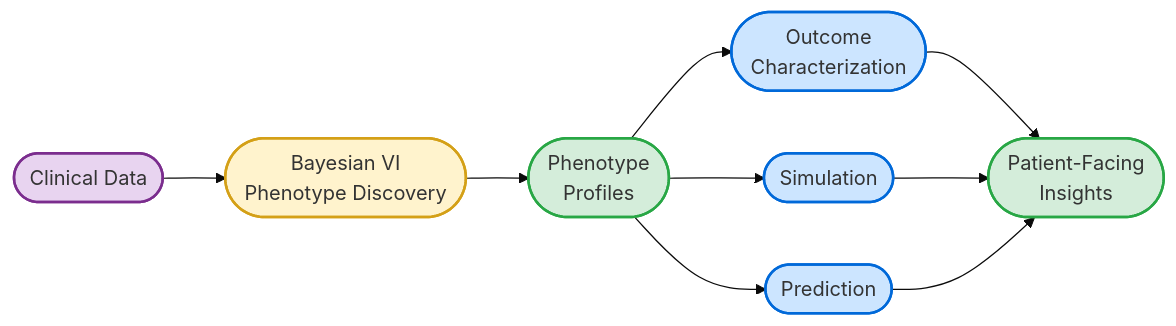
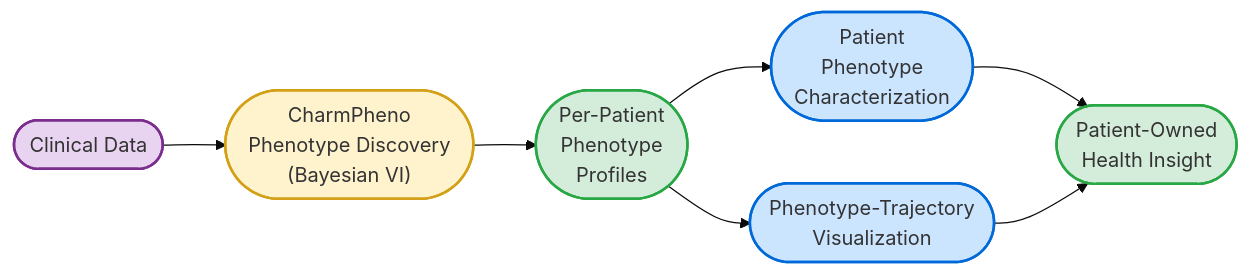
The first of 3 diagrams in README.md (oneilsh/topic-state-space-modeling), drawn with Mermaid (base theme) before and after one commit. The commit also changed other lines of this file and 1 other file, not shown here.

````diff
--- a/README.md
+++ b/README.md
@@ -8,17 +14,15 @@
 ```mermaid
 graph LR
-    A(["Clinical Data"]) --> B(["Bayesian VI<br/>Phenotype Discovery"])
-    B --> C(["Phenotype<br/>Profiles"])
-    C --> D(["Outcome<br/>Characterization"])
-    C --> E(["Simulation"])
-    C --> F(["Prediction"])
-    D & E & F --> G(["Patient-Facing<br/>Insights"])
+    A(["Clinical Data"]) --> B(["CharmPheno<br/>Phenotype Discovery<br/>(Bayesian VI)"])
+    B --> C(["Per-Patient<br/>Phenotype<br/>Profiles"])
+    C --> D(["Patient<br/>Phenotype<br/>Characterization"])
+    C --> E(["Phenotype-Trajectory<br/>Visualization"])
+    D & E --> G(["Patient-Owned<br/>Health Insight"])
 
     style A fill:#e8d4f0,stroke:#7b2d8e,stroke-width:2px
     style B fill:#fff3cd,stroke:#d4a017,stroke-width:2px
     style C fill:#d4edda,stroke:#28a745,stroke-width:2px
     style D fill:#cce5ff,stroke:#0069d9,stroke-width:2px
     style E fill:#cce5ff,stroke:#0069d9,stroke-width:2px
-    style F fill:#cce5ff,stroke:#0069d9,stroke-width:2px
     style G fill:#d4edda,stroke:#28a745,stroke-width:2px
 ```
````
